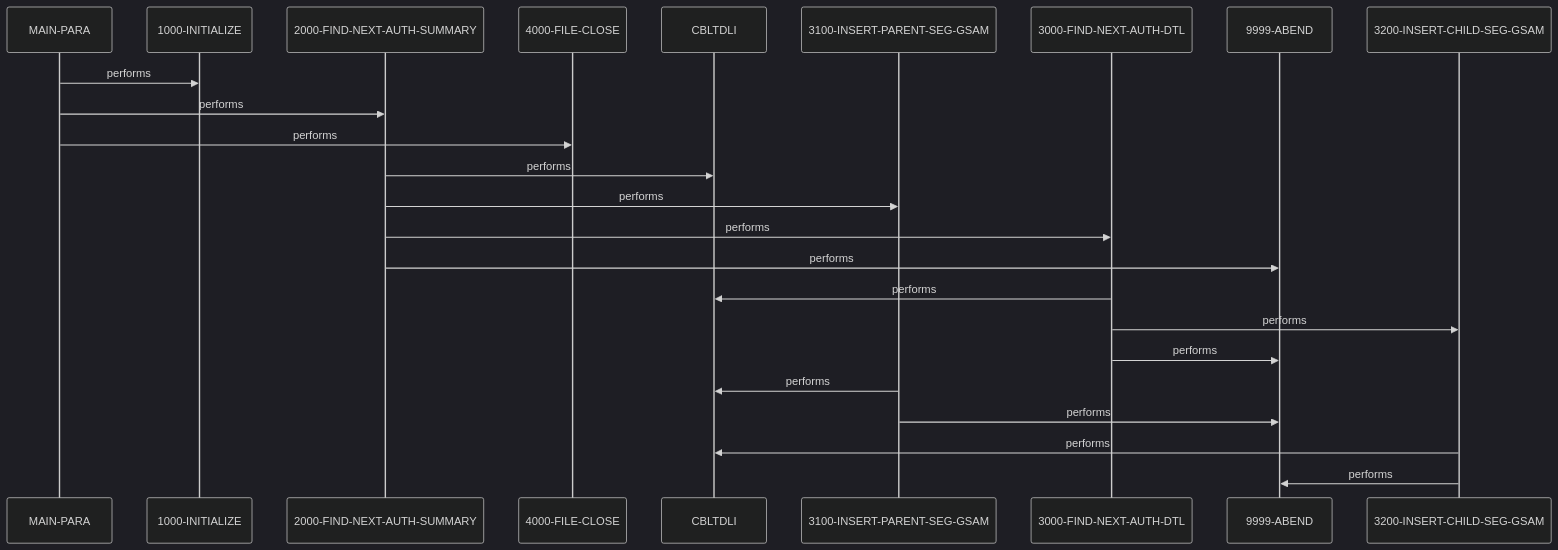
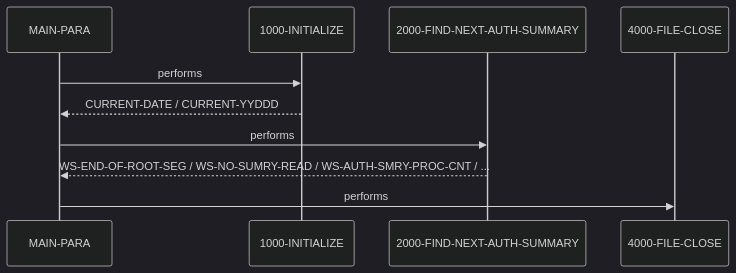
One commit to andrasfe/war_rig changed the second of 2 diagrams in example_output/cbl/DBUNLDGS.CBL.md. Above: the diagram before and after it, drawn with Mermaid (dark theme). The commit also changed other lines of this file and 265 other files, not shown here.

````diff
--- a/example_output/cbl/DBUNLDGS.CBL.md
+++ b/example_output/cbl/DBUNLDGS.CBL.md
@@ -104,26 +93,12 @@
 ```mermaid
 sequenceDiagram
     participant MAIN_PARA as MAIN-PARA
     participant 1000_INITIALIZE as 1000-INITIALIZE
     participant 2000_FIND_NEXT_AUTH_SUMMARY as 2000-FIND-NEXT-AUTH-SUMMARY
     participant 4000_FILE_CLOSE as 4000-FILE-CLOSE
-    participant CBLTDLI as CBLTDLI
-    participant 3100_INSERT_PARENT_SEG_GSAM as 3100-INSERT-PARENT-SEG-GSAM
-    participant 3000_FIND_NEXT_AUTH_DTL as 3000-FIND-NEXT-AUTH-DTL
-    participant 9999_ABEND as 9999-ABEND
-    participant 3200_INSERT_CHILD_SEG_GSAM as 3200-INSERT-CHILD-SEG-GSAM
     MAIN_PARA->>1000_INITIALIZE: performs
+    1000_INITIALIZE-->>MAIN_PARA: CURRENT-DATE / CURRENT-YYDDD
     MAIN_PARA->>2000_FIND_NEXT_AUTH_SUMMARY: performs
+    2000_FIND_NEXT_AUTH_SUMMARY-->>MAIN_PARA: WS-END-OF-ROOT-SEG / WS-NO-SUMRY-READ / WS-AUTH-SMRY-PROC-CNT / ...
     MAIN_PARA->>4000_FILE_CLOSE: performs
-    2000_FIND_NEXT_AUTH_SUMMARY->>CBLTDLI: performs
-    2000_FIND_NEXT_AUTH_SUMMARY->>3100_INSERT_PARENT_SEG_GSAM: performs
-    2000_FIND_NEXT_AUTH_SUMMARY->>3000_FIND_NEXT_AUTH_DTL: performs
-    2000_FIND_NEXT_AUTH_SUMMARY->>9999_ABEND: performs
-    3000_FIND_NEXT_AUTH_DTL->>CBLTDLI: performs
-    3000_FIND_NEXT_AUTH_DTL->>3200_INSERT_CHILD_SEG_GSAM: performs
-    3000_FIND_NEXT_AUTH_DTL->>9999_ABEND: performs
-    3100_INSERT_PARENT_SEG_GSAM->>CBLTDLI: performs
-    3100_INSERT_PARENT_SEG_GSAM->>9999_ABEND: performs
-    3200_INSERT_CHILD_SEG_GSAM->>CBLTDLI: performs
-    3200_INSERT_CHILD_SEG_GSAM->>9999_ABEND: performs
 ```
````
